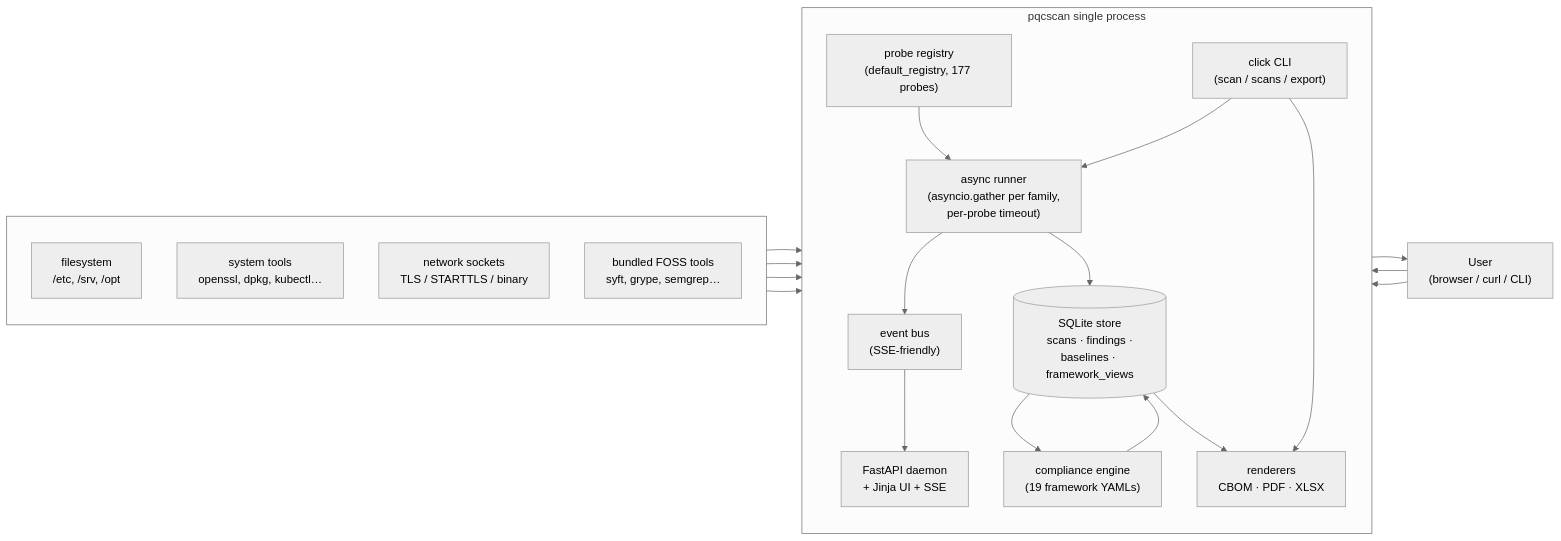
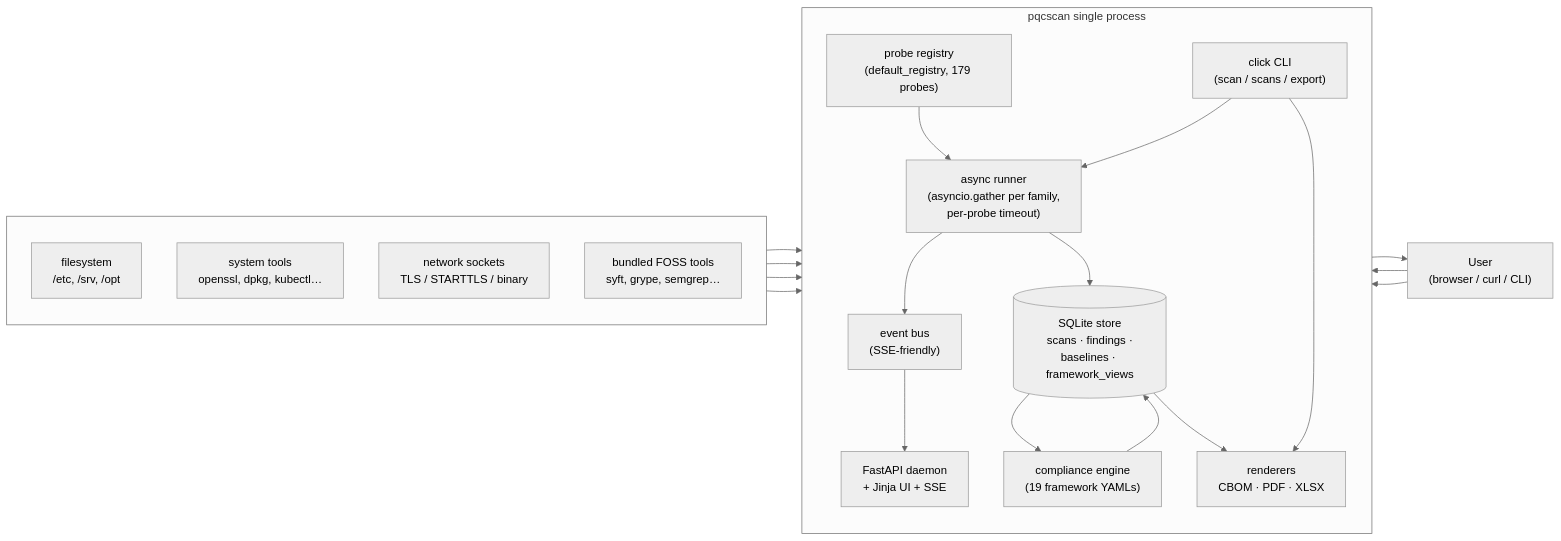
The first of 7 diagrams in README.md (orengacademy/pqc-scanner2), drawn with Mermaid (neutral theme) before and after one commit. The commit also changed other lines of this file and 96 other files, not shown here.

````diff
--- a/README.md
+++ b/README.md
@@ -125,39 +125,39 @@
 ```mermaid
 flowchart LR
     subgraph host[" "]
         direction TB
         FS["filesystem<br/>/etc, /srv, /opt"]
         SYS["system tools<br/>openssl, dpkg, kubectl…"]
         NET["network sockets<br/>TLS / STARTTLS / binary"]
         FOSS["bundled FOSS tools<br/>syft, grype, semgrep…"]
     end
 
     subgraph proc["pqcscan single process"]
         direction TB
-        REG["probe registry<br/>(default_registry, 177 probes)"]
+        REG["probe registry<br/>(default_registry, 179 probes)"]
         RUN["async runner<br/>(asyncio.gather per family,<br/>per-probe timeout)"]
         BUS["event bus<br/>(SSE-friendly)"]
         REPO[("SQLite store<br/>scans · findings ·<br/>baselines · framework_views")]
         COMP["compliance engine<br/>(19 framework YAMLs)"]
         DAEMON["FastAPI daemon<br/>+ Jinja UI + SSE"]
         CLI["click CLI<br/>(scan / scans / export)"]
         REND["renderers<br/>CBOM · PDF · XLSX"]
     end
 
     USER["User<br/>(browser / curl / CLI)"]
 
     FS  --> RUN
     SYS --> RUN
     NET --> RUN
     FOSS --> RUN
     REG --> RUN
     RUN --> BUS --> DAEMON
     RUN --> REPO
     REPO --> COMP --> REPO
     REPO --> REND
     DAEMON --> USER
     CLI   --> RUN
     CLI   --> REND
     USER  --> DAEMON
     USER  --> CLI
 ```
````
